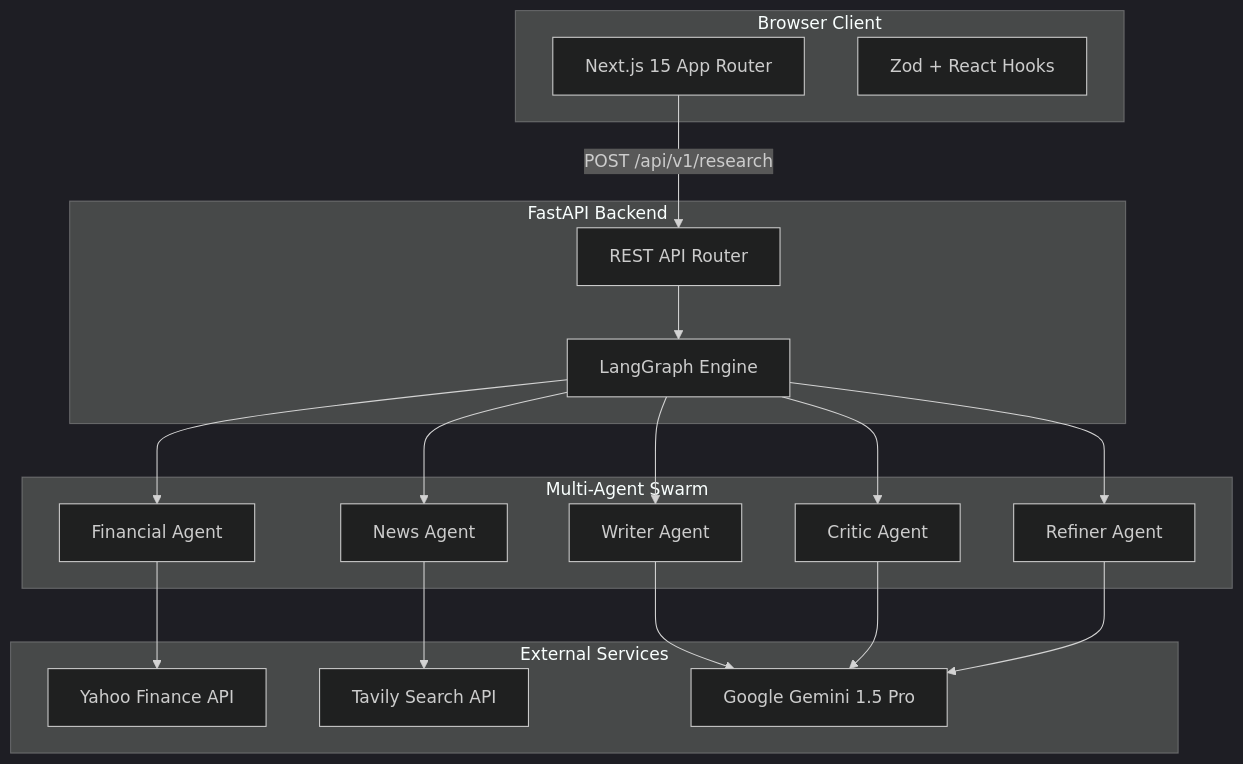
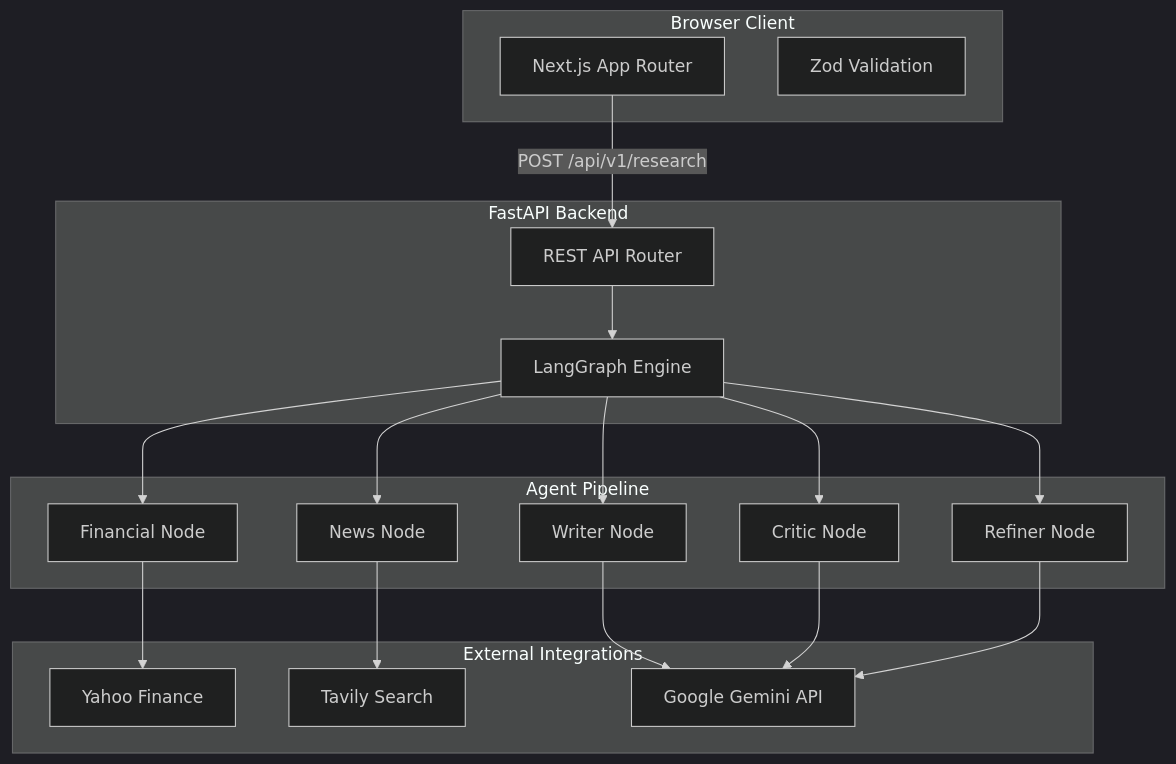
The diagram in README.md (saiiexd/Verdict-Agentic-Research-Analyst), drawn with Mermaid (dark theme) before and after one commit. The commit also changed other lines of this file, not shown here.

Commit message:
docs: simplify README structure and update architecture documentation

````diff
--- a/README.md
+++ b/README.md
@@ -83,39 +28,42 @@
 ```mermaid
 graph TD
     subgraph Client [Browser Client]
-        UI[Next.js 15 App Router]
-        State[Zod + React Hooks]
+        UI[Next.js App Router]
+        State[Zod Validation]
     end
 
     subgraph API [FastAPI Backend]
         Router[REST API Router]
         Orchestrator[LangGraph Engine]
     end
 
-    subgraph Agents [Multi-Agent Swarm]
-        FinAgent[Financial Agent]
-        NewsAgent[News Agent]
-        WriterAgent[Writer Agent]
-        CriticAgent[Critic Agent]
-        Refiner[Refiner Agent]
+    subgraph Workflow [Agent Pipeline]
+        FinAgent[Financial Node]
+        NewsAgent[News Node]
+        WriterAgent[Writer Node]
+        CriticAgent[Critic Node]
+        Refiner[Refiner Node]
     end
 
-    subgraph External [External Services]
-        YF[Yahoo Finance API]
-        Tavily[Tavily Search API]
-        LLM[Google Gemini 1.5 Pro]
+    subgraph External [External Integrations]
+        YF[Yahoo Finance]
+        Tavily[Tavily Search]
+        LLM[Google Gemini API]
     end
 
     UI -->|POST /api/v1/research| Router
     Router --> Orchestrator
+    
     Orchestrator --> FinAgent
     Orchestrator --> NewsAgent
     FinAgent --> YF
     NewsAgent --> Tavily
+    
     Orchestrator --> WriterAgent
     Orchestrator --> CriticAgent
     Orchestrator --> Refiner
+    
     WriterAgent --> LLM
     CriticAgent --> LLM
     Refiner --> LLM
 ```
````
